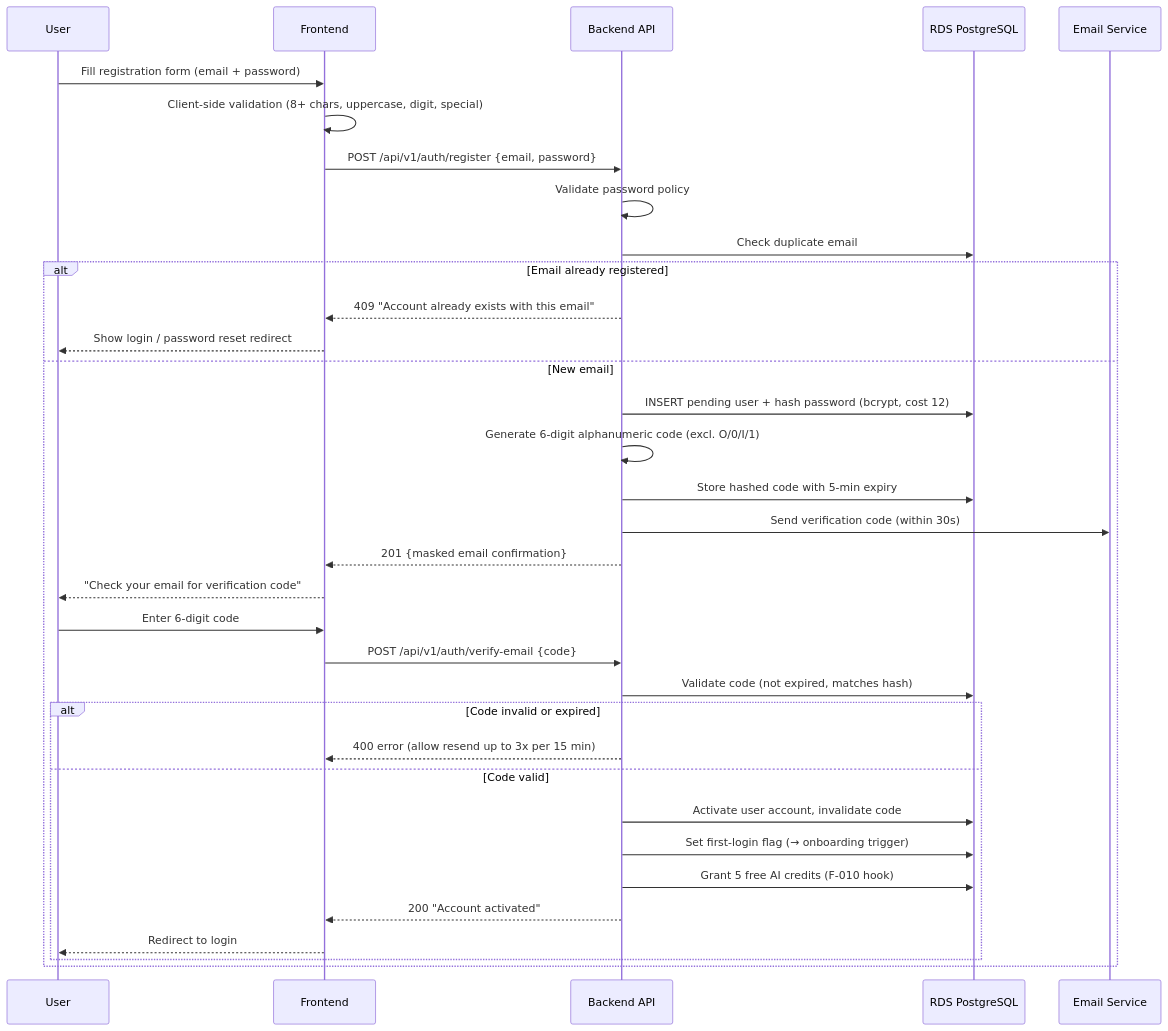
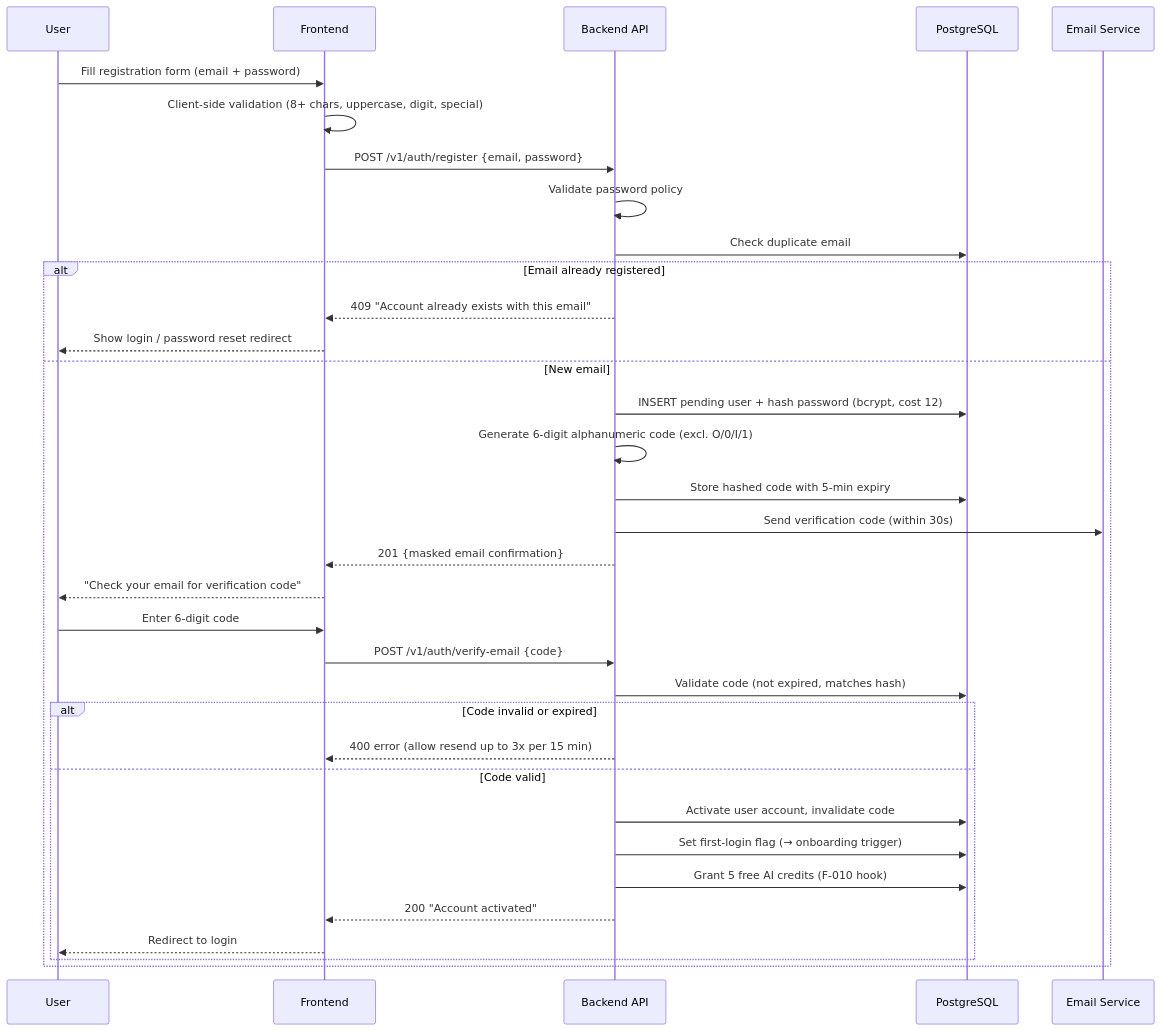
The sixth of 13 diagrams in docs/03-architecture/diagrams/sequence-diagrams.md (alonsovndev/open-projects-hub-docs), drawn with Mermaid before and after one commit. The commit also changed other lines of this file and 14 other files, not shown here.

First line of the commit message:
docs(architecture): describe the deployed Cloudflare and EC2 stack

````diff
--- a/docs/03-architecture/diagrams/sequence-diagrams.md
+++ b/docs/03-architecture/diagrams/sequence-diagrams.md
@@ -146,37 +143,37 @@
 ```mermaid
 sequenceDiagram
     participant User
     participant FE as Frontend
     participant BE as Backend API
-    participant DB as RDS PostgreSQL
+    participant DB as PostgreSQL
     participant Email as Email Service
 
     User->>FE: Fill registration form (email + password)
     FE->>FE: Client-side validation (8+ chars, uppercase, digit, special)
-    FE->>BE: POST /api/v1/auth/register {email, password}
+    FE->>BE: POST /v1/auth/register {email, password}
     BE->>BE: Validate password policy
     BE->>DB: Check duplicate email
     alt Email already registered
         BE-->>FE: 409 "Account already exists with this email"
         FE-->>User: Show login / password reset redirect
     else New email
         BE->>DB: INSERT pending user + hash password (bcrypt, cost 12)
         BE->>BE: Generate 6-digit alphanumeric code (excl. O/0/I/1)
         BE->>DB: Store hashed code with 5-min expiry
         BE->>Email: Send verification code (within 30s)
         BE-->>FE: 201 {masked email confirmation}
         FE-->>User: "Check your email for verification code"
         User->>FE: Enter 6-digit code
-        FE->>BE: POST /api/v1/auth/verify-email {code}
+        FE->>BE: POST /v1/auth/verify-email {code}
         BE->>DB: Validate code (not expired, matches hash)
         alt Code invalid or expired
             BE-->>FE: 400 error (allow resend up to 3x per 15 min)
         else Code valid
             BE->>DB: Activate user account, invalidate code
             BE->>DB: Set first-login flag (→ onboarding trigger)
             BE->>DB: Grant 5 free AI credits (F-010 hook)
             BE-->>FE: 200 "Account activated"
             FE-->>User: Redirect to login
         end
     end
 ```
````
